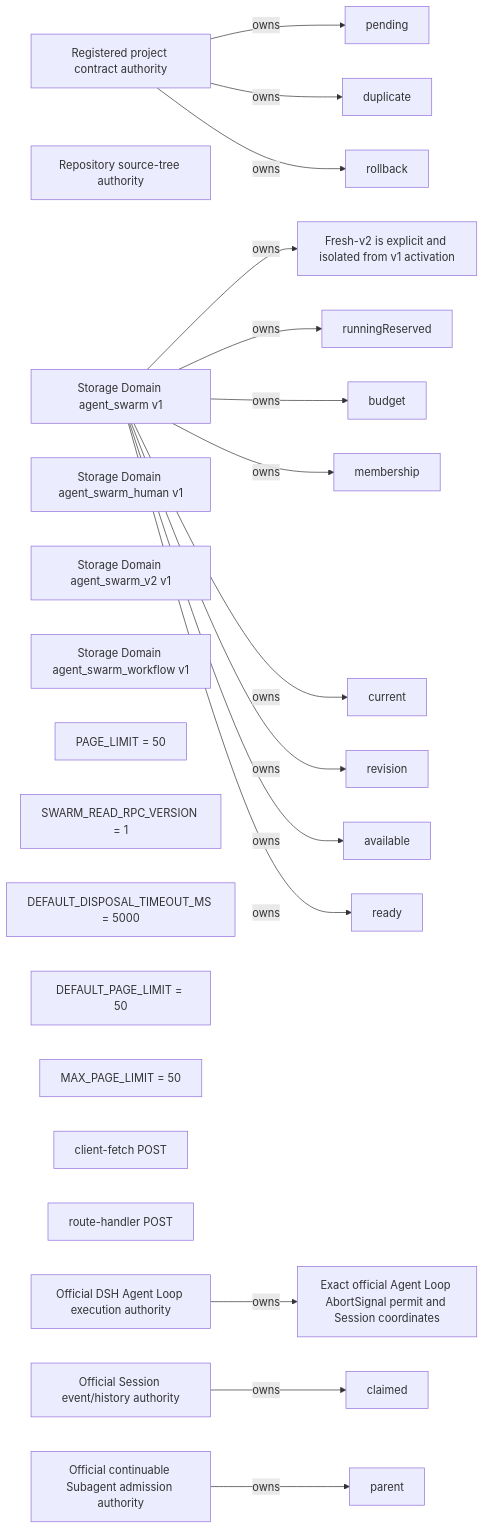
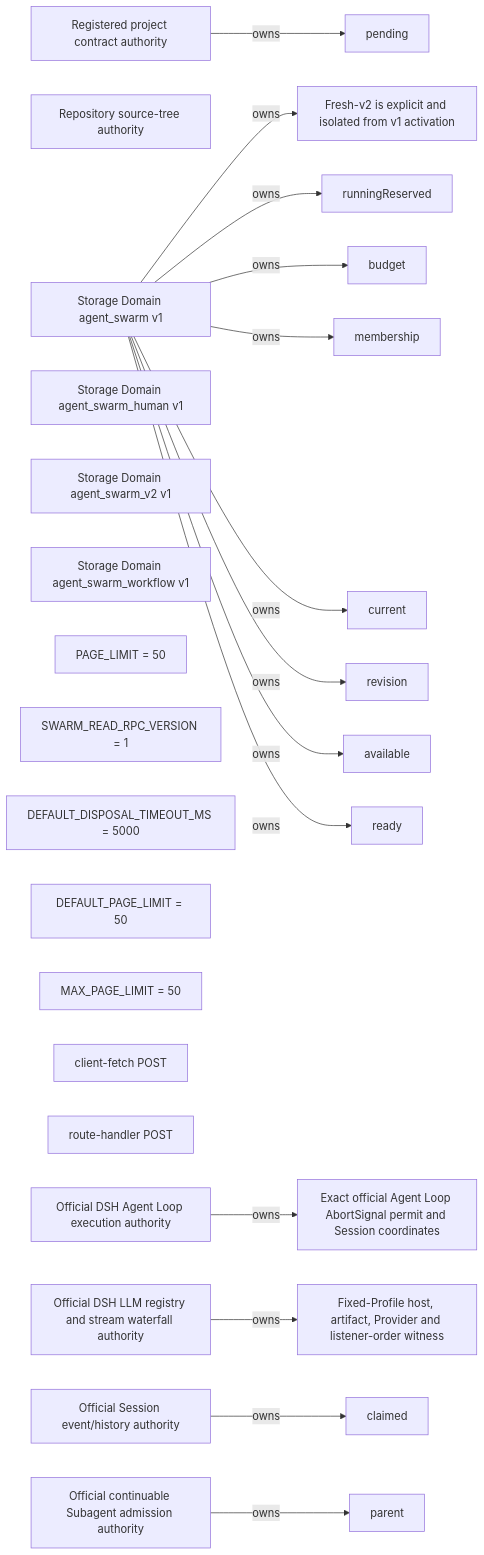
One commit to leinasi2014/dsh-agent-swarm changed the sixth of 6 diagrams in docs/generated/knowledge-graph/redlines.md. Above: the diagram before and after it, drawn with Mermaid. The commit also changed other lines of this file and 20 other files, not shown here.

````diff
--- a/docs/generated/knowledge-graph/redlines.md
+++ b/docs/generated/knowledge-graph/redlines.md
@@ -112,47 +112,46 @@
 ```mermaid
 flowchart LR
   n_617574686f726974793a70726f6a6563742d636f6e747261637473["Registered project contract authority"]
   n_617574686f726974793a736f757263652d74726565["Repository source-tree authority"]
   n_646f6d61696e3a6167656e742d737761726d["Storage Domain agent_swarm v1"]
   n_646f6d61696e3a6167656e742d737761726d2d68756d616e["Storage Domain agent_swarm_human v1"]
   n_646f6d61696e3a6167656e742d737761726d2d7632["Storage Domain agent_swarm_v2 v1"]
   n_646f6d61696e3a6167656e742d737761726d2d776f726b666c6f77["Storage Domain agent_swarm_workflow v1"]
   n_67756172643a617474656d70742d72756e6e696e672d7265736572766564["runningReserved"]
   n_67756172643a6275646765742d7265736572766174696f6e2d61646d69737369626c65["budget"]
   n_67756172643a6361707461696e2d6f722d73656c662d6d656d62657273686970["membership"]
   n_67756172643a636c61696d65642d6672616d652d6f6e6c792d61636b6e6f776c656467656d656e74["claimed"]
   n_67756172643a65786163742d63757272656e742d617474656d7074["current"]
   n_67756172643a65786163742d7461736b2d7265766973696f6e["revision"]
   n_67756172643a66726573682d76322d6578706572696d656e74616c2d61637469766174696f6e["Fresh-v2 is explicit and isolated from v1 activation"]
+  n_67756172643a66726573682d76322d66697865642d70726f66696c652d7769746e6573732d6361706162696c697479["Fixed-Profile host, artifact, Provider and listener-order witness"]
   n_67756172643a66726573682d76322d6f6666696369616c2d6167656e742d6c6f6f702d72657175657374["Exact official Agent Loop AbortSignal permit and Session coordinates"]
   n_67756172643a6d656d6265722d6861732d6e6f2d6f70656e2d776f726b["available"]
   n_67756172643a6f6666696369616c2d6c6976652d6469726563742d706172656e742d61646d697373696f6e["parent"]
   n_67756172643a7270632d626f756e642f7372632f636c69656e742f7465616d2d64617368626f6172642d636f6e74726f6c6c65722e74732f706167655f6c696d6974["PAGE_LIMIT = 50"]
   n_67756172643a7270632d626f756e642f7372632f7270632f726561642d7270632d636f6e74726163742e74732f737761726d5f726561645f7270635f76657273696f6e["SWARM_READ_RPC_VERSION = 1"]
   n_67756172643a7270632d626f756e642f7372632f7270632f726561642d7270632d736572766963652e74732f64656661756c745f646973706f73616c5f74696d656f75745f6d73["DEFAULT_DISPOSAL_TIMEOUT_MS = 5000"]
   n_67756172643a7270632d626f756e642f7372632f7270632f726561642d7270632d736572766963652e74732f64656661756c745f706167655f6c696d6974["DEFAULT_PAGE_LIMIT = 50"]
   n_67756172643a7270632d626f756e642f7372632f7270632f726561642d7270632d736572766963652e74732f6d61785f706167655f6c696d6974["MAX_PAGE_LIMIT = 50"]
   n_67756172643a7270632d687474702f30312d7372632f636c69656e742f726561642d636c69656e742e7473["client-fetch POST"]
   n_67756172643a7270632d687474702f30322d7372632f7270632f726561642d7270632d736572766963652e7473["route-handler POST"]
   n_67756172643a7461736b2d7265616479["ready"]
   n_6f6666696369616c2d617574686f726974793a6167656e742d6c6f6f70["Official DSH Agent Loop execution authority"]
+  n_6f6666696369616c2d617574686f726974793a6c6c6d2d72756e74696d65["Official DSH LLM registry and stream waterfall authority"]
   n_6f6666696369616c2d617574686f726974793a73657373696f6e["Official Session event/history authority"]
   n_6f6666696369616c2d617574686f726974793a7375626167656e74["Official continuable Subagent admission authority"]
   n_7265646c696e653a6e6f2d70656e64696e672d6f722d756e6b6e6f776e2d61636b6e6f776c656467656d656e74["pending"]
-  n_7265646c696e653a6e6f2d70656e64696e672d6f722d756e6b6e6f776e2d726564656c6976657279["duplicate"]
-  n_7265646c696e653a6e6f2d726f6c6c6261636b2d61667465722d61646d697373696f6e["rollback"]
   n_646f6d61696e3a6167656e742d737761726d -->|owns| n_67756172643a66726573682d76322d6578706572696d656e74616c2d61637469766174696f6e
+  n_6f6666696369616c2d617574686f726974793a6c6c6d2d72756e74696d65 -->|owns| n_67756172643a66726573682d76322d66697865642d70726f66696c652d7769746e6573732d6361706162696c697479
   n_6f6666696369616c2d617574686f726974793a6167656e742d6c6f6f70 -->|owns| n_67756172643a66726573682d76322d6f6666696369616c2d6167656e742d6c6f6f702d72657175657374
   n_646f6d61696e3a6167656e742d737761726d -->|owns| n_67756172643a617474656d70742d72756e6e696e672d7265736572766564
   n_646f6d61696e3a6167656e742d737761726d -->|owns| n_67756172643a6275646765742d7265736572766174696f6e2d61646d69737369626c65
   n_646f6d61696e3a6167656e742d737761726d -->|owns| n_67756172643a6361707461696e2d6f722d73656c662d6d656d62657273686970
   n_6f6666696369616c2d617574686f726974793a73657373696f6e -->|owns| n_67756172643a636c61696d65642d6672616d652d6f6e6c792d61636b6e6f776c656467656d656e74
   n_646f6d61696e3a6167656e742d737761726d -->|owns| n_67756172643a65786163742d63757272656e742d617474656d7074
   n_646f6d61696e3a6167656e742d737761726d -->|owns| n_67756172643a65786163742d7461736b2d7265766973696f6e
   n_646f6d61696e3a6167656e742d737761726d -->|owns| n_67756172643a6d656d6265722d6861732d6e6f2d6f70656e2d776f726b
   n_6f6666696369616c2d617574686f726974793a7375626167656e74 -->|owns| n_67756172643a6f6666696369616c2d6c6976652d6469726563742d706172656e742d61646d697373696f6e
   n_646f6d61696e3a6167656e742d737761726d -->|owns| n_67756172643a7461736b2d7265616479
   n_617574686f726974793a70726f6a6563742d636f6e747261637473 -->|owns| n_7265646c696e653a6e6f2d70656e64696e672d6f722d756e6b6e6f776e2d61636b6e6f776c656467656d656e74
-  n_617574686f726974793a70726f6a6563742d636f6e747261637473 -->|owns| n_7265646c696e653a6e6f2d70656e64696e672d6f722d756e6b6e6f776e2d726564656c6976657279
-  n_617574686f726974793a70726f6a6563742d636f6e747261637473 -->|owns| n_7265646c696e653a6e6f2d726f6c6c6261636b2d61667465722d61646d697373696f6e
 ```
````
